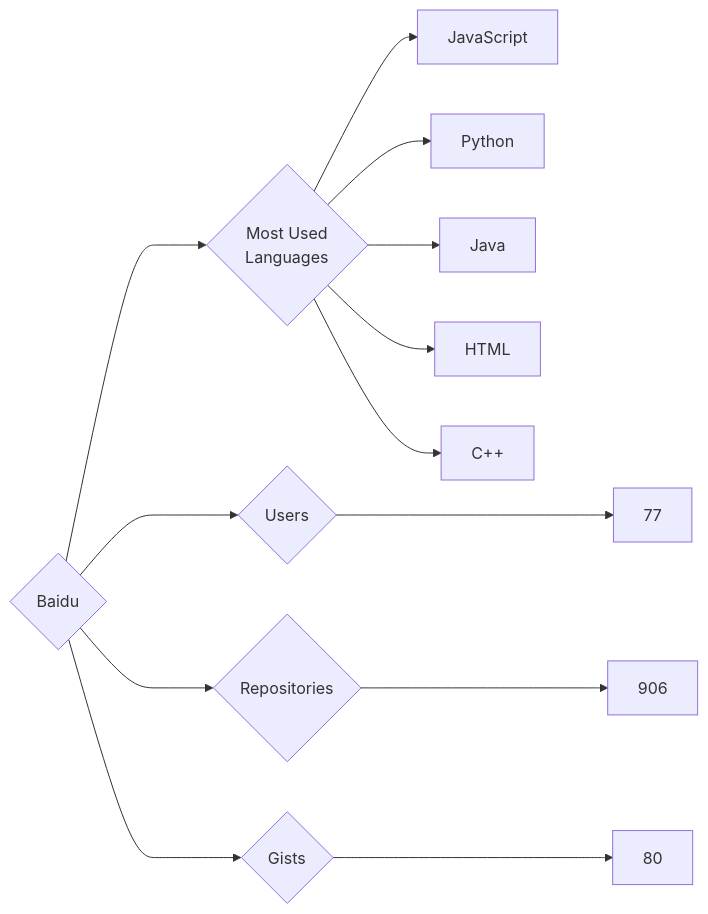
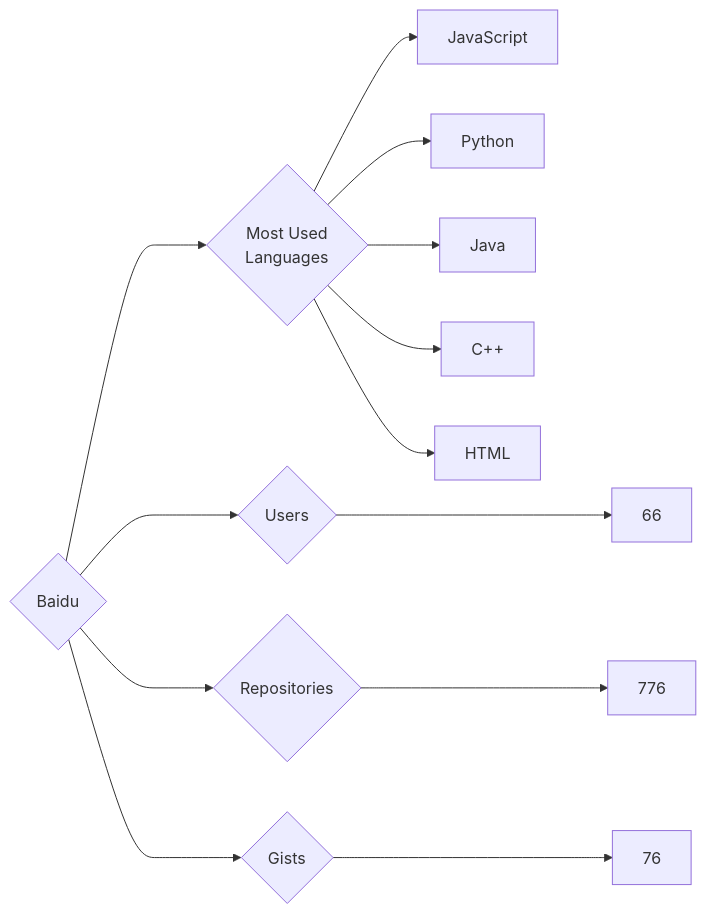
Before and after one commit to trickest/insiders: the diagram in targets/Baidu/README.md, drawn with Mermaid. The commit also changed 920 other files, not shown here.

````diff
--- a/targets/Baidu/README.md
+++ b/targets/Baidu/README.md
@@ -3,13 +3,13 @@
 ```mermaid
 graph LR
 COMPANY_NAME{Baidu}
-COMPANY_NAME ---> U{Users} ---> UN[77]
-COMPANY_NAME ---> R{Repositories} ---> RN[906]
-COMPANY_NAME ---> G{Gists} ---> GN[80]
+COMPANY_NAME ---> U{Users} ---> UN[66]
+COMPANY_NAME ---> R{Repositories} ---> RN[776]
+COMPANY_NAME ---> G{Gists} ---> GN[76]
 COMPANY_NAME ---> ML{Most Used<br>Languages}
 ML --> JavaScript[JavaScript]
 ML --> Python[Python]
 ML --> Java[Java]
+ML --> C++[C++]
 ML --> HTML[HTML]
-ML --> C++[C++]
 ```
````
